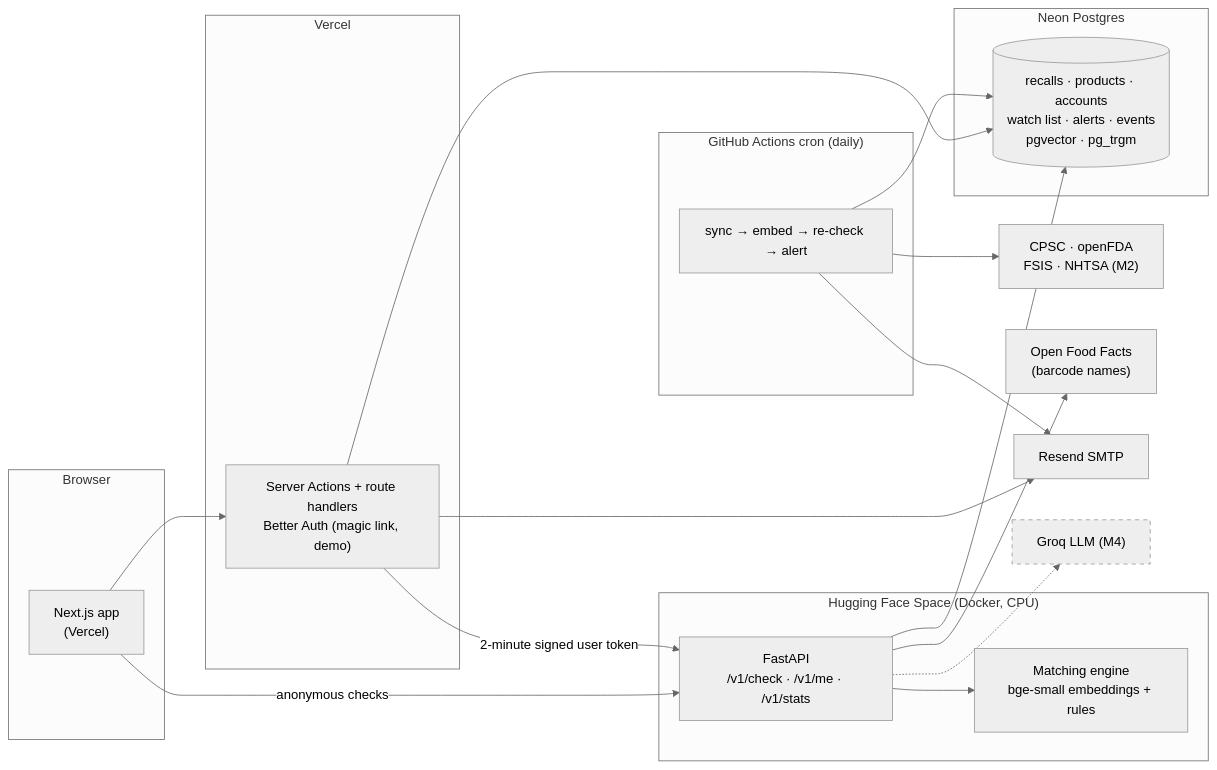
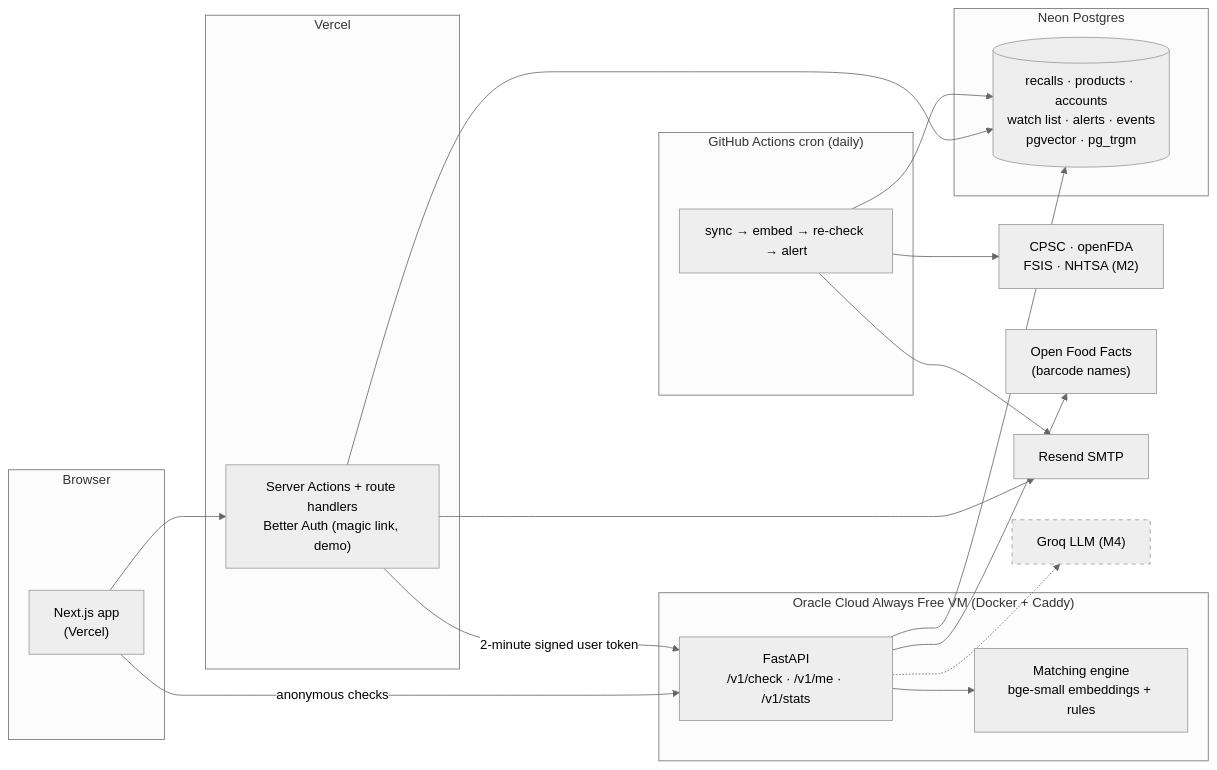
Before and after one commit to Hrishikesh-Codes/recallradar: the first of 2 diagrams in docs/ARCHITECTURE.md, drawn with Mermaid (neutral theme). The commit also changed other lines of this file and 12 other files, not shown here.

First line of the commit message:
Deploy the API on an Oracle Cloud Always Free VM

````diff
--- a/docs/ARCHITECTURE.md
+++ b/docs/ARCHITECTURE.md
@@ -11,44 +11,44 @@
 ```mermaid
 flowchart LR
   subgraph Browser
     PWA["Next.js app<br/>(Vercel)"]
   end
 
   subgraph Vercel
     BFF["Server Actions + route handlers<br/>Better Auth (magic link, demo)"]
   end
 
-  subgraph HF["Hugging Face Space (Docker, CPU)"]
+  subgraph OCI["Oracle Cloud Always Free VM (Docker + Caddy)"]
     API["FastAPI<br/>/v1/check · /v1/me · /v1/stats"]
     MATCH["Matching engine<br/>bge-small embeddings + rules"]
   end
 
   subgraph Neon["Neon Postgres"]
     DB[("recalls · products · accounts<br/>watch list · alerts · events<br/>pgvector · pg_trgm")]
   end
 
   subgraph GHA["GitHub Actions cron (daily)"]
     SYNC["sync → embed → re-check → alert"]
   end
 
   SOURCES["CPSC · openFDA<br/>FSIS · NHTSA (M2)"]
   OFF["Open Food Facts<br/>(barcode names)"]
   MAIL["Resend SMTP"]
   LLM["Groq LLM (M4)"]
 
   PWA -->|anonymous checks| API
   PWA --> BFF
   BFF -->|"2-minute signed user token"| API
   BFF --> DB
   BFF --> MAIL
   API --> MATCH
   API --> DB
   API --> OFF
   SYNC --> SOURCES
   SYNC --> DB
   SYNC --> MAIL
   API -.-> LLM
 
   classDef later stroke-dasharray: 5 5
   class LLM later
 ```
````
